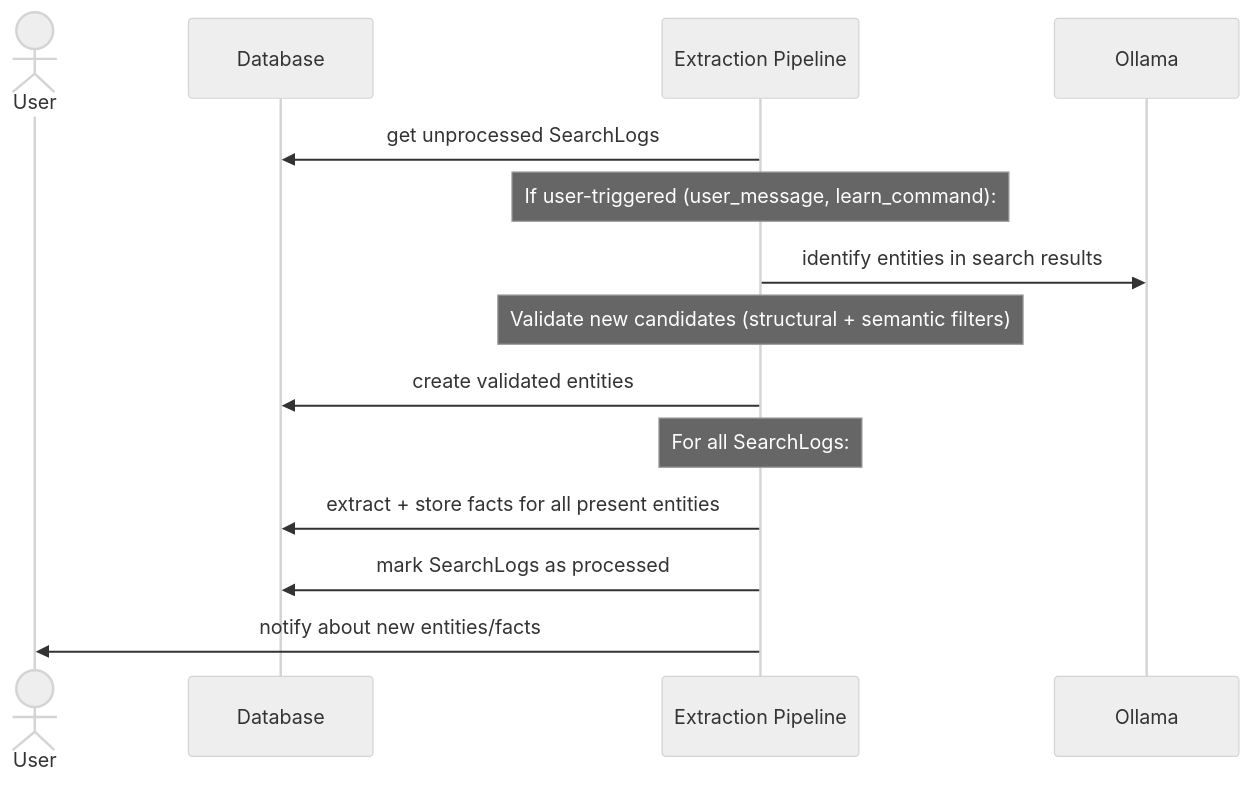
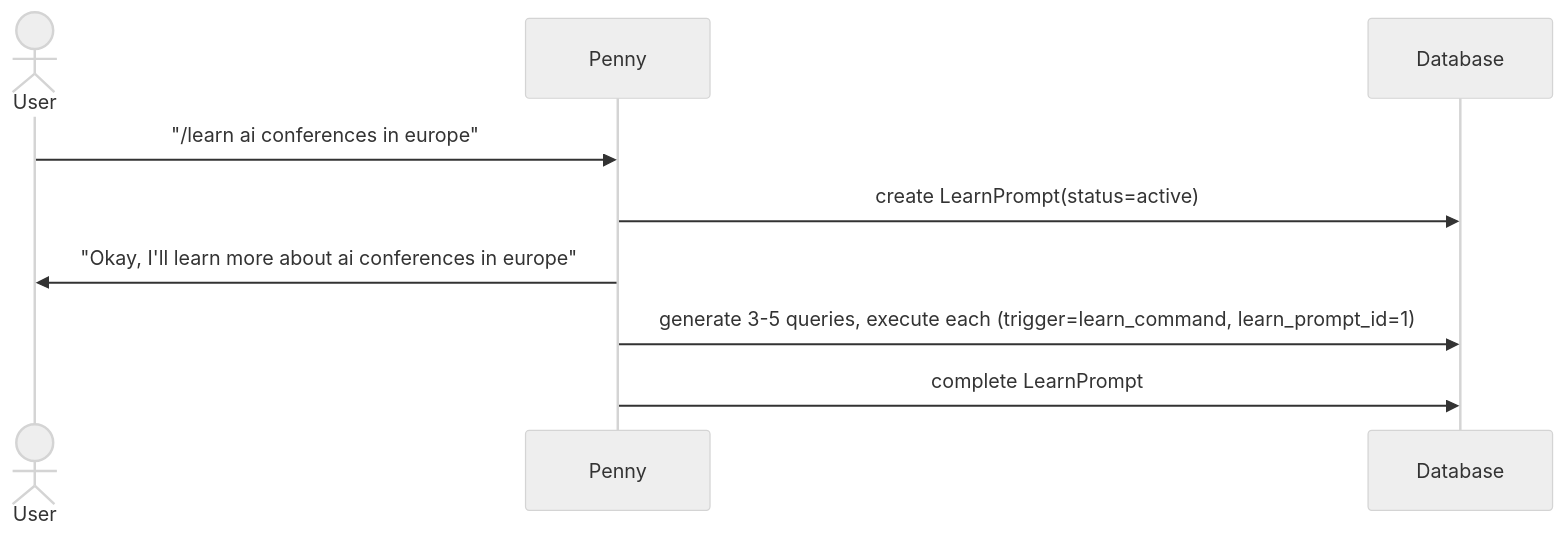
Before and after one commit to jaredlockhart/penny: the second of 11 diagrams in docs/knowledge-system-flows.md, drawn with Mermaid (neutral theme). The commit also changed other lines of this file, not shown here.

First line of the commit message:
docs: one diagram per flow — focused and separated

````diff
--- a/docs/knowledge-system-flows.md
+++ b/docs/knowledge-system-flows.md
@@ -39,19 +20,12 @@
 ```mermaid
 sequenceDiagram
     actor User
+    participant Penny
     participant DB as Database
-    participant Extract as Extraction Pipeline
-    participant LLM as Ollama
 
-    Extract->>DB: get unprocessed SearchLogs
-
-    Note over Extract: If user-triggered (user_message, learn_command):
-    Extract->>LLM: identify entities in search results
-    Note over Extract: Validate new candidates (structural + semantic filters)
-    Extract->>DB: create validated entities
-
-    Note over Extract: For all SearchLogs:
-    Extract->>DB: extract + store facts for all present entities
-    Extract->>DB: mark SearchLogs as processed
-    Extract->>User: notify about new entities/facts
+    User->>Penny: "/learn ai conferences in europe"
+    Penny->>DB: create LearnPrompt(status=active)
+    Penny->>User: "Okay, I'll learn more about ai conferences in europe"
+    Penny->>DB: generate 3-5 queries, execute each (trigger=learn_command, learn_prompt_id=1)
+    Penny->>DB: complete LearnPrompt
 ```
````
